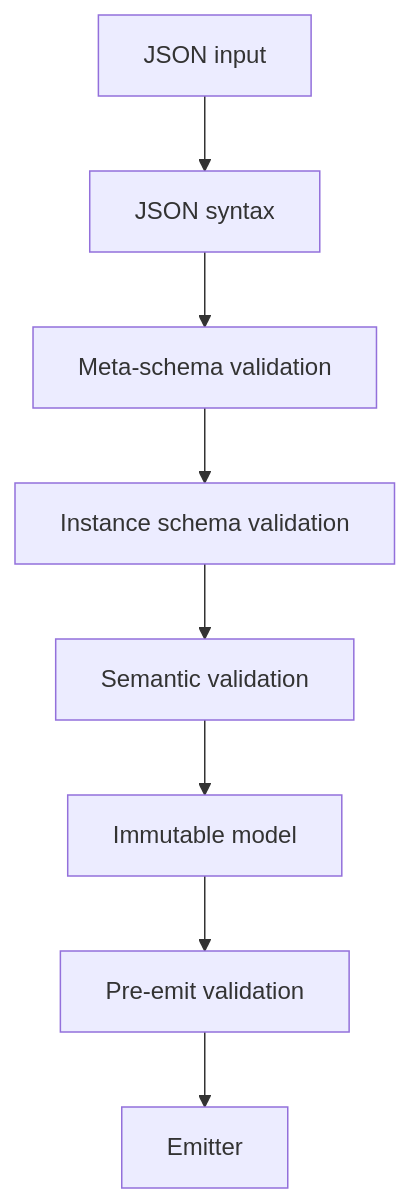
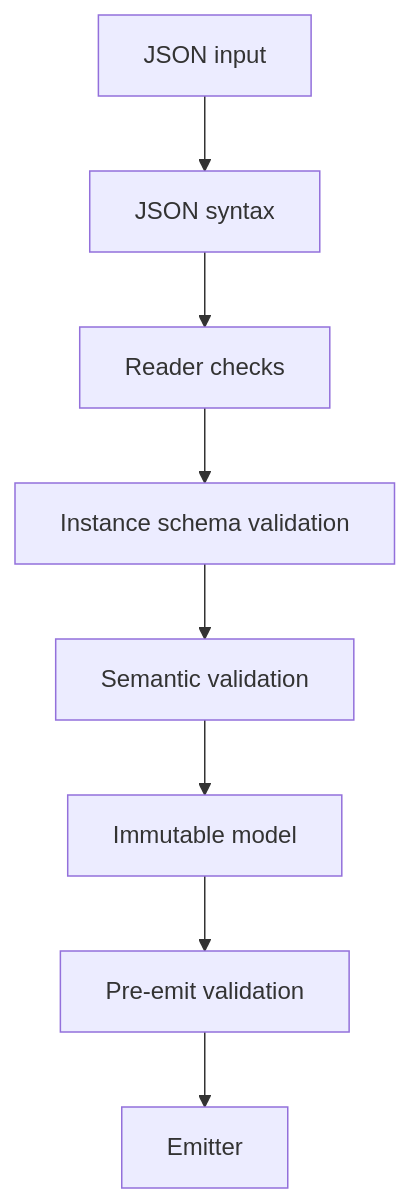
One commit to zuudevs/typcast changed the second of 2 diagrams in docs/specifications/schema.md. Above: the diagram before and after it, drawn with Mermaid. The commit also changed other lines of this file and 78 other files, not shown here.

````diff
--- a/docs/specifications/schema.md
+++ b/docs/specifications/schema.md
@@ -255,10 +288,10 @@
 ```mermaid
 flowchart TD
   A["JSON input"] --> B["JSON syntax"]
-  B --> C["Meta-schema validation"]
+  B --> C["Reader checks"]
   C --> D["Instance schema validation"]
   D --> E["Semantic validation"]
   E --> F["Immutable model"]
   F --> G["Pre-emit validation"]
   G --> H["Emitter"]
 ```
````
